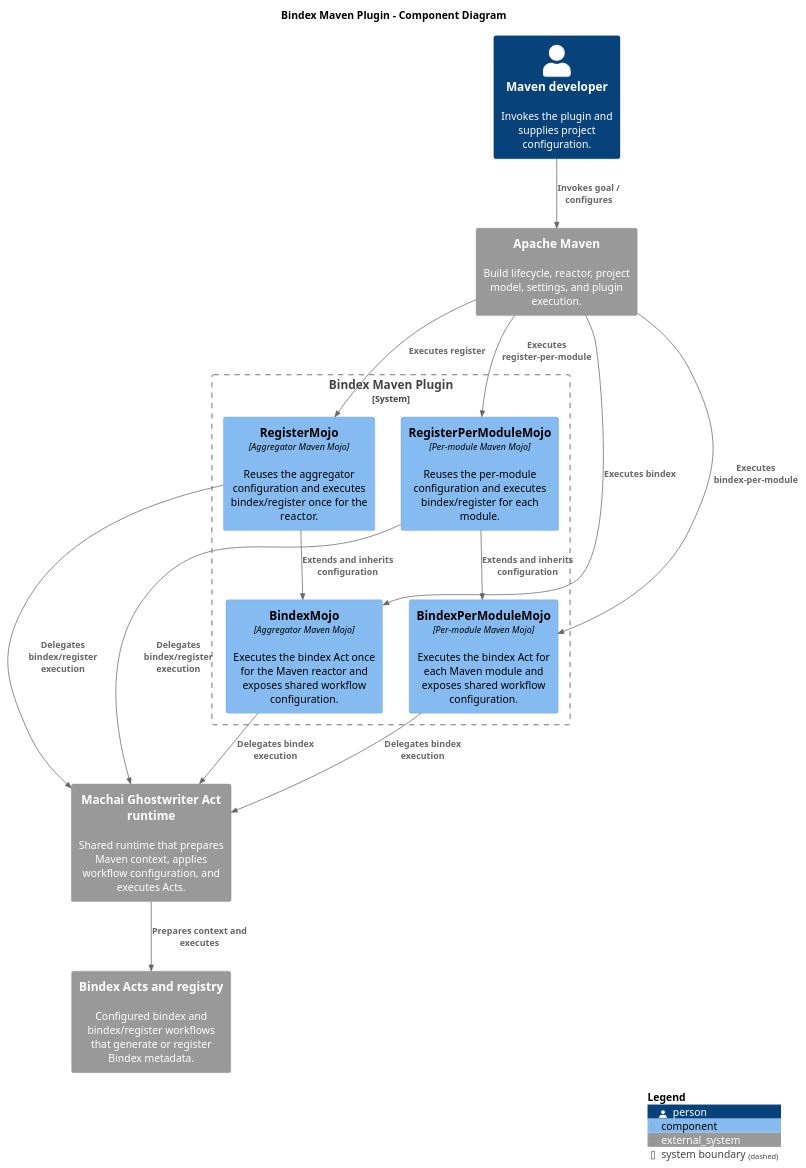
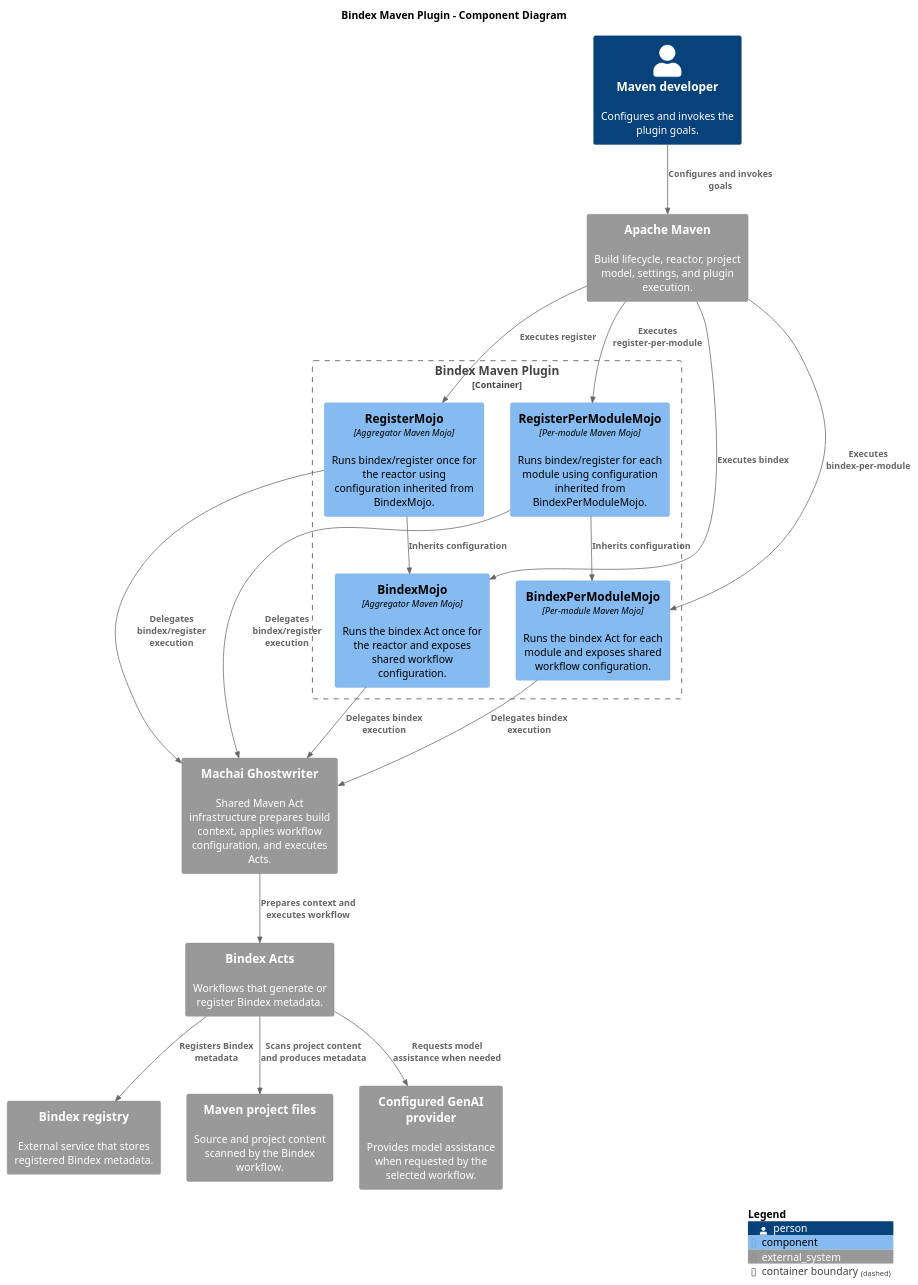
The diagram in src/site/puml/c4-diagram.puml (machanism-org/bindex-maven-plugin), drawn with PlantUML before and after one commit.

Commit message:
docs: clarify Bindex Maven goal relationships
Clarify how aggregator and per-module goals run bindex and bindex/register, inheriting shared workflow configuration through their respective Mojo bases.

```diff
--- a/src/site/puml/c4-diagram.puml
+++ b/src/site/puml/c4-diagram.puml
@@ -11,34 +11,40 @@
 @startuml
 !include https://raw.githubusercontent.com/plantuml-stdlib/C4-PlantUML/master/C4_Component.puml
 
 LAYOUT_TOP_DOWN()
 title Bindex Maven Plugin - Component Diagram
 
-Person(developer, "Maven developer", "Invokes the plugin and supplies project configuration.")
+Person(developer, "Maven developer", "Configures and invokes the plugin goals.")
 
-System_Boundary(plugin, "Bindex Maven Plugin") {
-  Component(bindexMojo, "BindexMojo", "Aggregator Maven Mojo", "Executes the bindex Act once for the Maven reactor and exposes shared workflow configuration.")
-  Component(bindexPerModuleMojo, "BindexPerModuleMojo", "Per-module Maven Mojo", "Executes the bindex Act for each Maven module and exposes shared workflow configuration.")
-  Component(registerMojo, "RegisterMojo", "Aggregator Maven Mojo", "Reuses the aggregator configuration and executes bindex/register once for the reactor.")
-  Component(registerPerModuleMojo, "RegisterPerModuleMojo", "Per-module Maven Mojo", "Reuses the per-module configuration and executes bindex/register for each module.")
+Container_Boundary(plugin, "Bindex Maven Plugin") {
+  Component(bindexMojo, "BindexMojo", "Aggregator Maven Mojo", "Runs the bindex Act once for the reactor and exposes shared workflow configuration.")
+  Component(bindexPerModuleMojo, "BindexPerModuleMojo", "Per-module Maven Mojo", "Runs the bindex Act for each module and exposes shared workflow configuration.")
+  Component(registerMojo, "RegisterMojo", "Aggregator Maven Mojo", "Runs bindex/register once for the reactor using configuration inherited from BindexMojo.")
+  Component(registerPerModuleMojo, "RegisterPerModuleMojo", "Per-module Maven Mojo", "Runs bindex/register for each module using configuration inherited from BindexPerModuleMojo.")
 }
 
 System_Ext(maven, "Apache Maven", "Build lifecycle, reactor, project model, settings, and plugin execution.")
-System_Ext(actRuntime, "Machai Ghostwriter Act runtime", "Shared runtime that prepares Maven context, applies workflow configuration, and executes Acts.")
-System_Ext(bindexActs, "Bindex Acts and registry", "Configured bindex and bindex/register workflows that generate or register Bindex metadata.")
+System_Ext(actRuntime, "Machai Ghostwriter", "Shared Maven Act infrastructure prepares build context, applies workflow configuration, and executes Acts.")
+System_Ext(bindexActs, "Bindex Acts", "Workflows that generate or register Bindex metadata.")
+System_Ext(bindexRegistry, "Bindex registry", "External service that stores registered Bindex metadata.")
+System_Ext(projectFiles, "Maven project files", "Source and project content scanned by the Bindex workflow.")
+System_Ext(genaiProvider, "Configured GenAI provider", "Provides model assistance when requested by the selected workflow.")
 
-Rel(developer, maven, "Invokes goal / configures")
+Rel(developer, maven, "Configures and invokes goals")
 Rel(maven, bindexMojo, "Executes bindex")
 Rel(maven, bindexPerModuleMojo, "Executes bindex-per-module")
 Rel(maven, registerMojo, "Executes register")
 Rel(maven, registerPerModuleMojo, "Executes register-per-module")
-Rel(registerMojo, bindexMojo, "Extends and inherits configuration")
-Rel(registerPerModuleMojo, bindexPerModuleMojo, "Extends and inherits configuration")
+Rel(registerMojo, bindexMojo, "Inherits configuration")
+Rel(registerPerModuleMojo, bindexPerModuleMojo, "Inherits configuration")
 Rel(bindexMojo, actRuntime, "Delegates bindex execution")
 Rel(bindexPerModuleMojo, actRuntime, "Delegates bindex execution")
 Rel(registerMojo, actRuntime, "Delegates bindex/register execution")
 Rel(registerPerModuleMojo, actRuntime, "Delegates bindex/register execution")
-Rel(actRuntime, bindexActs, "Prepares context and executes")
+Rel(actRuntime, bindexActs, "Prepares context and executes workflow")
+Rel(bindexActs, projectFiles, "Scans project content and produces metadata")
+Rel(bindexActs, genaiProvider, "Requests model assistance when needed")
+Rel(bindexActs, bindexRegistry, "Registers Bindex metadata")
 
 SHOW_LEGEND()
 @enduml
```
